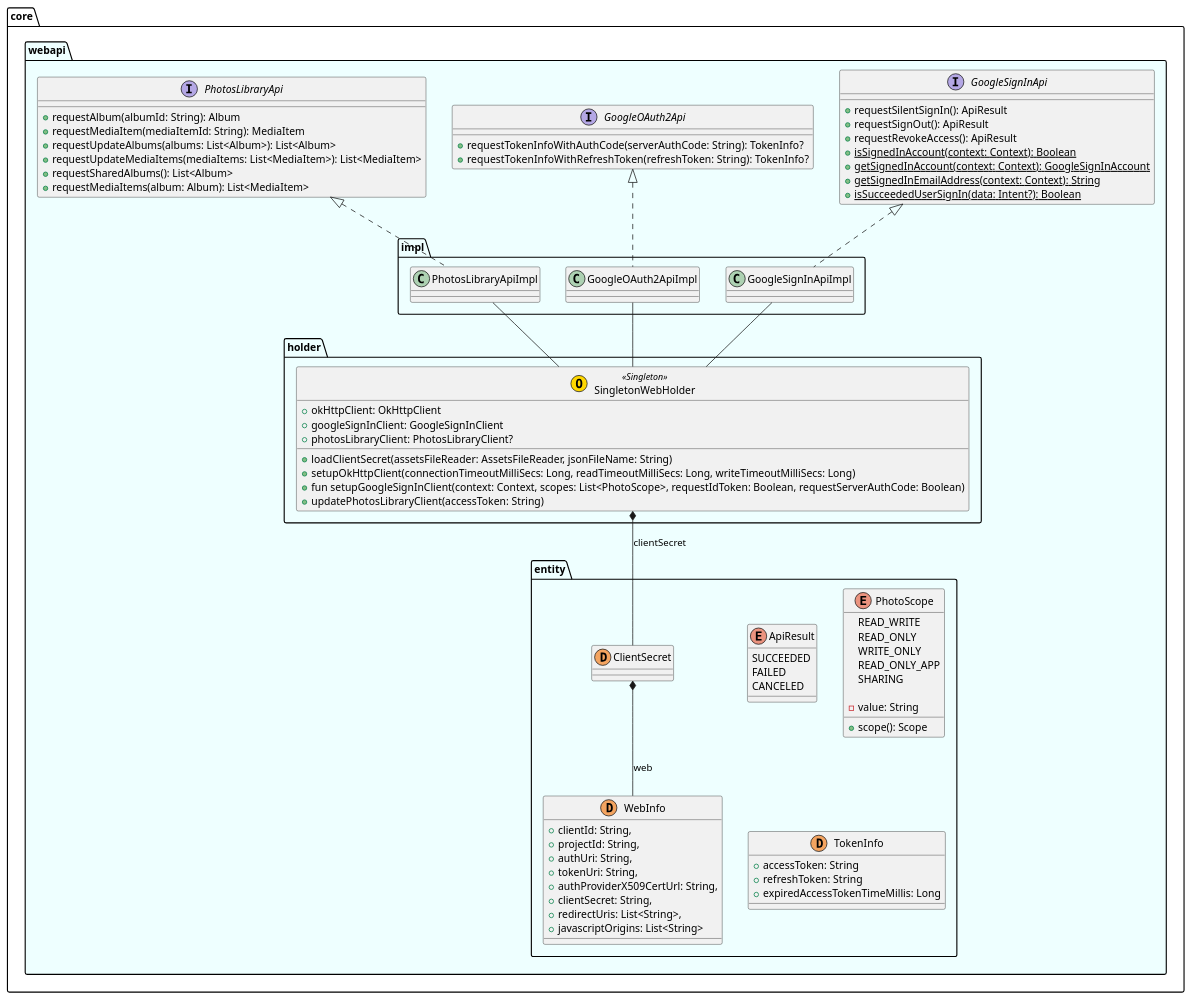
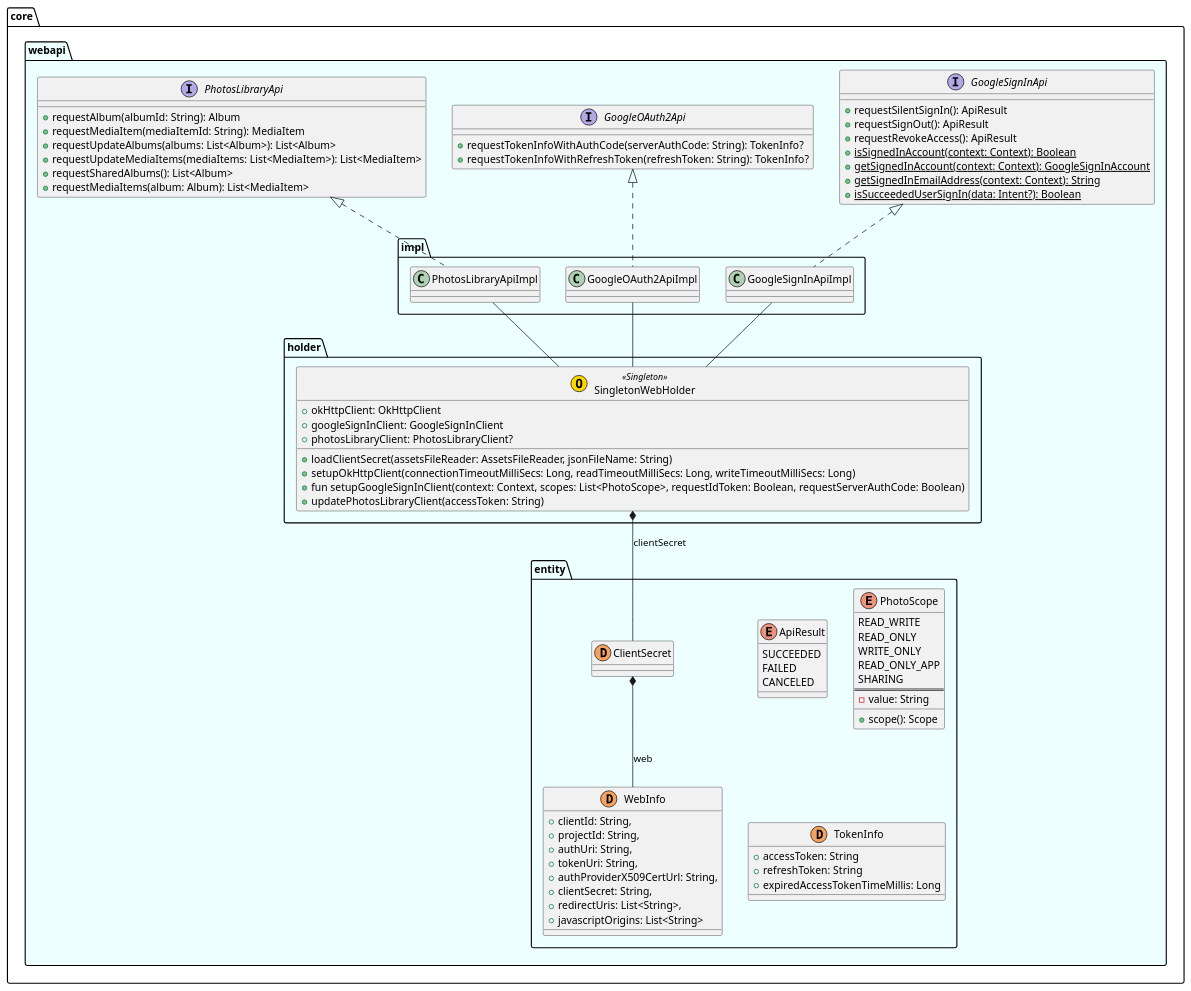
One commit to sallyluenoa/PhotoSlideShow changed the diagram in uml/webapi/class_diagram_webapi.md. Above: the diagram before and after it, drawn with PlantUML. The commit also changed 3 other files, not shown here.

First line of the commit message:
Write UML for design #13

```diff
--- a/uml/webapi/class_diagram_webapi.md
+++ b/uml/webapi/class_diagram_webapi.md
@@ -13,8 +13,9 @@
       WRITE_ONLY
       READ_ONLY_APP
       SHARING
-
+      ==
       - value: String
+      __
       + scope(): Scope
     }
     class WebInfo << (D, sandybrown) >> {
```
